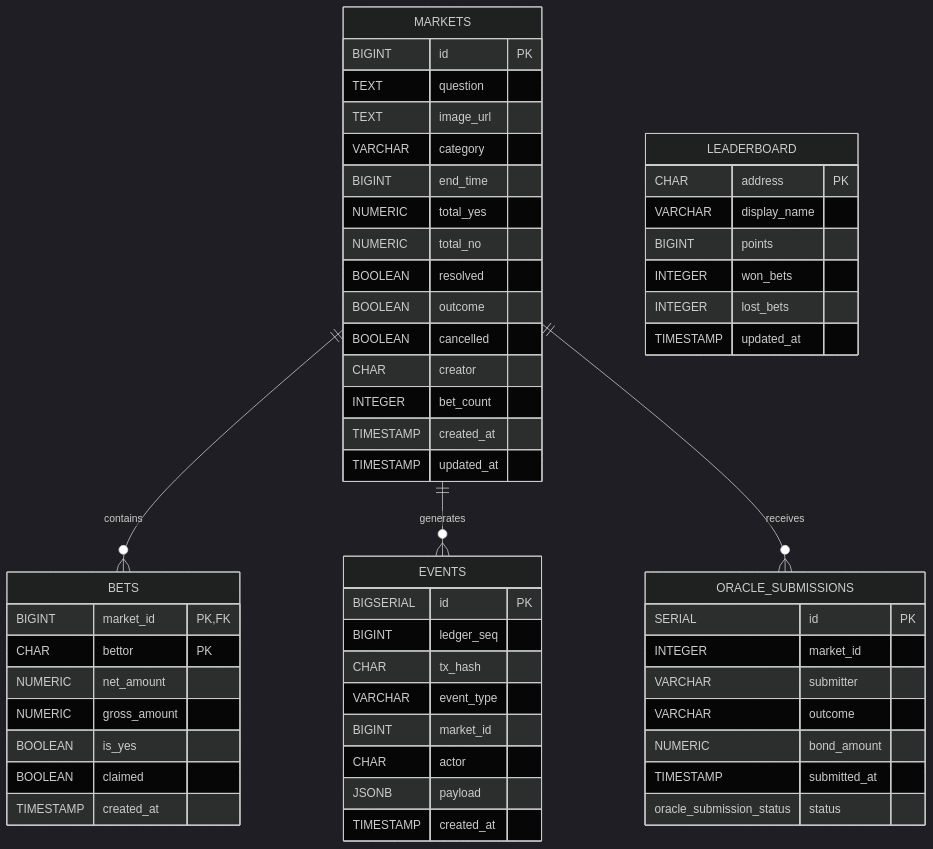
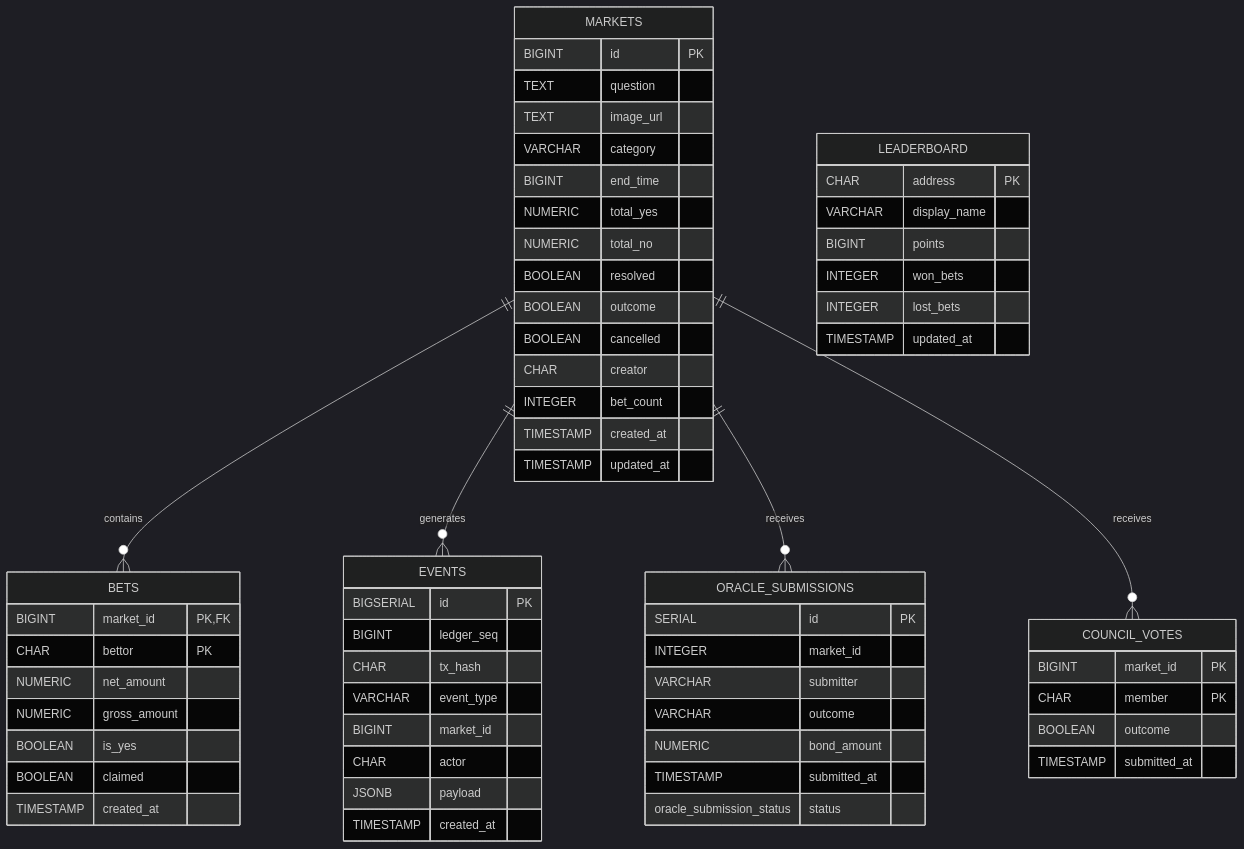
The diagram in db/README.md (Akanimoh12/Stellar-iPredict), drawn with Mermaid (dark theme) before and after one commit. The commit also changed other lines of this file and 3 other files, not shown here.

First line of the commit message:
feat(oracle): track council member submissions per market

````diff
--- a/db/README.md
+++ b/db/README.md
@@ -128,63 +149,71 @@
 ```mermaid
 erDiagram
     MARKETS ||--o{ BETS : contains
     MARKETS ||--o{ EVENTS : generates
     MARKETS ||--o{ ORACLE_SUBMISSIONS : receives
+    MARKETS ||--o{ COUNCIL_VOTES : receives
 
     MARKETS {
         BIGINT id PK
         TEXT question
         TEXT image_url
         VARCHAR category
         BIGINT end_time
         NUMERIC total_yes
         NUMERIC total_no
         BOOLEAN resolved
         BOOLEAN outcome
         BOOLEAN cancelled
         CHAR creator
         INTEGER bet_count
         TIMESTAMP created_at
         TIMESTAMP updated_at
     }
 
     BETS {
         BIGINT market_id PK, FK
         CHAR bettor PK
         NUMERIC net_amount
         NUMERIC gross_amount
         BOOLEAN is_yes
         BOOLEAN claimed
         TIMESTAMP created_at
     }
 
     LEADERBOARD {
         CHAR address PK
         VARCHAR display_name
         BIGINT points
         INTEGER won_bets
         INTEGER lost_bets
         TIMESTAMP updated_at
     }
 
     EVENTS {
         BIGSERIAL id PK
         BIGINT ledger_seq
         CHAR tx_hash
         VARCHAR event_type
         BIGINT market_id
         CHAR actor
         JSONB payload
         TIMESTAMP created_at
     }
 
     ORACLE_SUBMISSIONS {
         SERIAL id PK
         INTEGER market_id
         VARCHAR submitter
         VARCHAR outcome
         NUMERIC bond_amount
         TIMESTAMP submitted_at
         oracle_submission_status status
     }
+
+    COUNCIL_VOTES {
+        BIGINT market_id PK
+        CHAR member PK
+        BOOLEAN outcome
+        TIMESTAMP submitted_at
+    }
 ```
````
